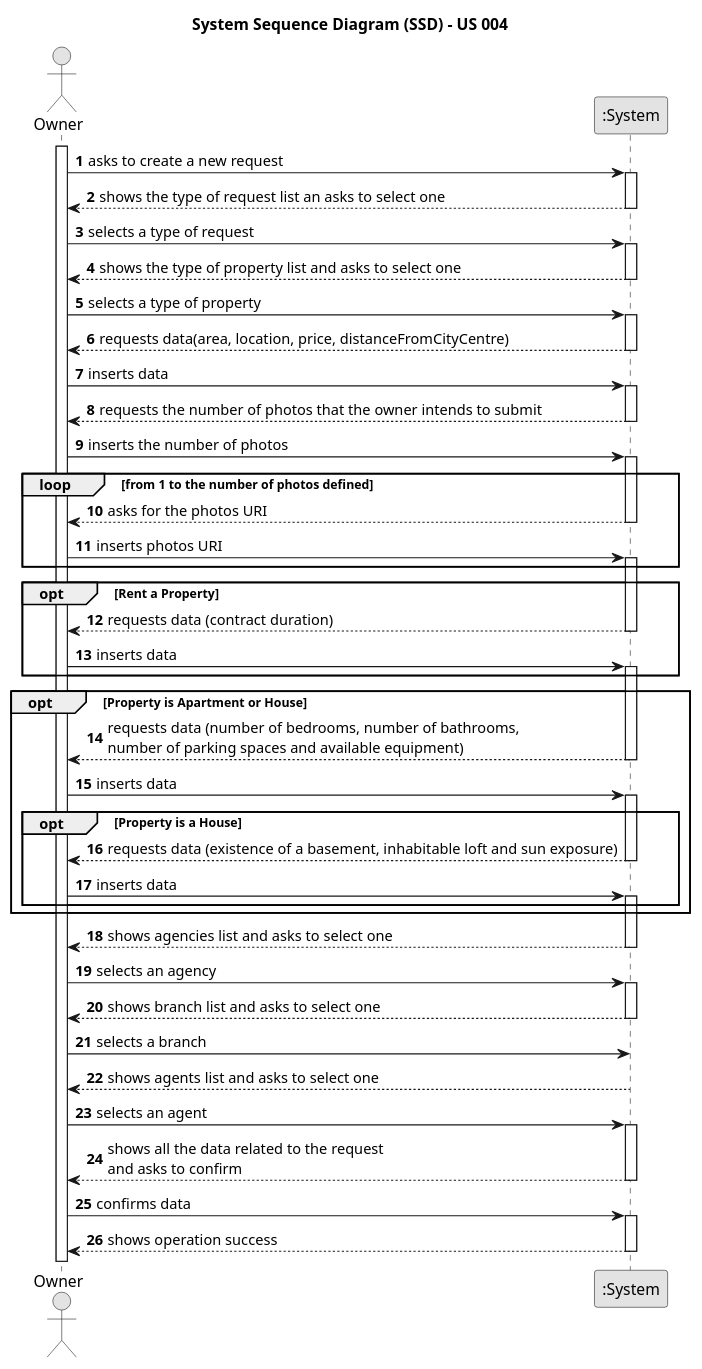
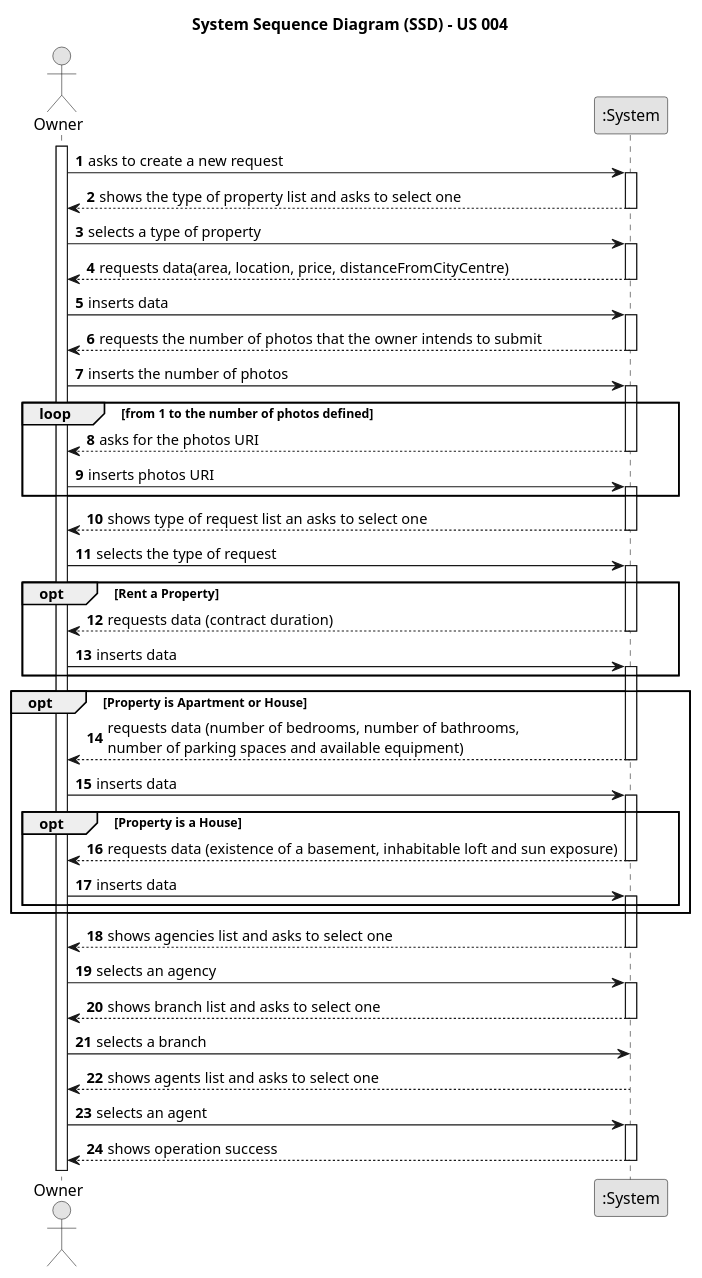
Before and after one commit to 1220812/LAPR2: the diagram in docs/sprintC/us004/01.requirements-engineering/puml/us004-system-sequence-diagram.puml, drawn with PlantUML. The commit also changed 2 other files, not shown here.

Commit message:
Some fixes in the Sequence Diagram and SSD - us004

```diff
--- a/docs/sprintC/us004/01.requirements-engineering/puml/us004-system-sequence-diagram.puml
+++ b/docs/sprintC/us004/01.requirements-engineering/puml/us004-system-sequence-diagram.puml
@@ -1,133 +1,125 @@
 @startuml
 skinparam monochrome true
 skinparam packageStyle rectangle
 skinparam shadowing false
 
 title System Sequence Diagram (SSD) - US 004
 
 autonumber
 
 actor "Owner" as Owner
 participant ":System" as System
 
 activate Owner
 
     Owner -> System : asks to create a new request
-
-    activate System
-
-    System --> Owner : shows the type of request list an asks to select one
-
-    deactivate System
-
-    Owner -> System : selects a type of request
 
     activate System
 
     System --> Owner : shows the type of property list and asks to select one
 
     deactivate System
 
     Owner -> System : selects a type of property
 
     activate System
 
     System --> Owner : requests data(area, location, price, distanceFromCityCentre)
 
     deactivate System
 
     Owner -> System : inserts data
 
     activate System
 
     System --> Owner : requests the number of photos that the owner intends to submit
 
     deactivate System
 
     Owner -> System : inserts the number of photos
 
     activate System
 
     loop from 1 to the number of photos defined
 
     System --> Owner : asks for the photos URI
 
     deactivate System
 
     Owner -> System : inserts photos URI
 
     activate System
 
     end
+
+    System --> Owner : shows type of request list an asks to select one
+
+    deactivate System
+
+    Owner -> System : selects the type of request
+
+    activate System
 
     opt Rent a Property
 
     System --> Owner : requests data (contract duration)
 
     deactivate System
 
     Owner -> System : inserts data
 
     activate System
 
     end
 
     opt Property is Apartment or House
 
     System --> Owner : requests data (number of bedrooms, number of bathrooms, \nnumber of parking spaces and available equipment)
 
     deactivate System
 
     Owner -> System : inserts data
 
     activate System
 
     opt Property is a House
 
     System --> Owner : requests data (existence of a basement, inhabitable loft and sun exposure)
 
     deactivate System
 
     Owner -> System : inserts data
 
     activate System
 
     end
 
     end
 
     System --> Owner : shows agencies list and asks to select one
 
     deactivate System
 
     Owner -> System : selects an agency
 
     activate System
 
     System --> Owner : shows branch list and asks to select one
 
     deactivate System
 
     Owner -> System : selects a branch
 
     System --> Owner : shows agents list and asks to select one
 
     deactivate System
 
     Owner -> System : selects an agent
 
     activate System
 
-    System --> Owner : shows all the data related to the request \nand asks to confirm
-
-    deactivate System
-
-    Owner -> System : confirms data
-
-    activate System
-
     System --> Owner : shows operation success
 
     deactivate System
 
 @enduml
```
